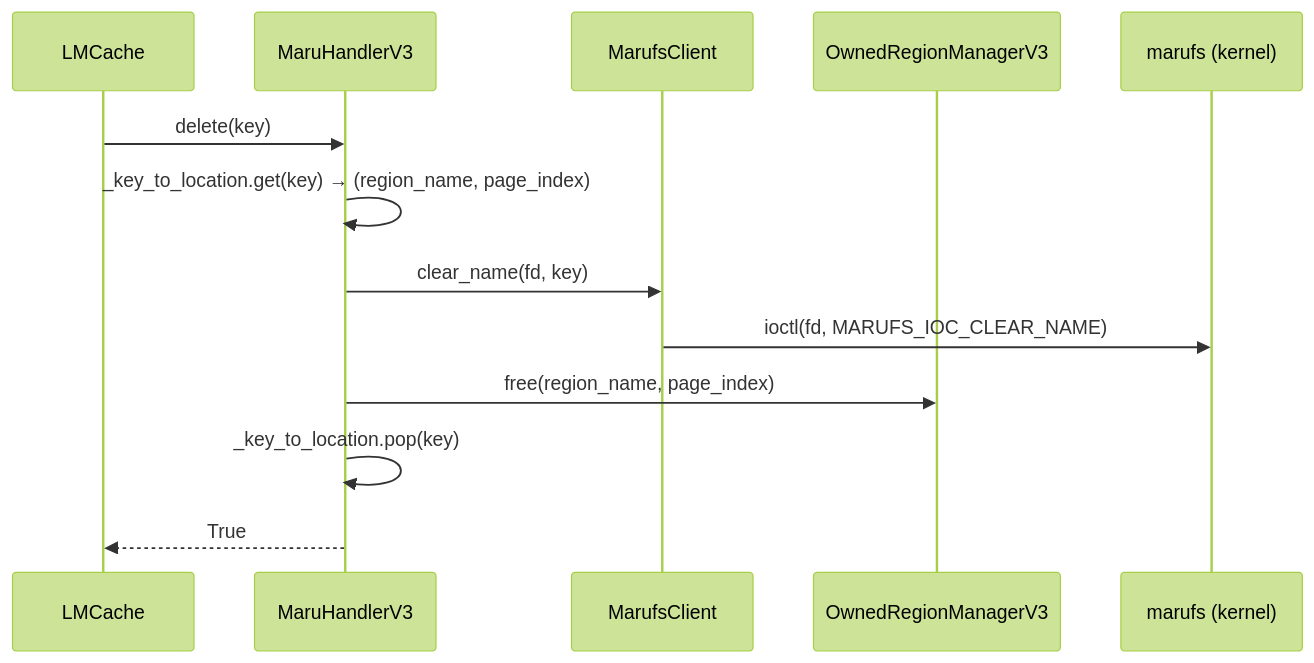
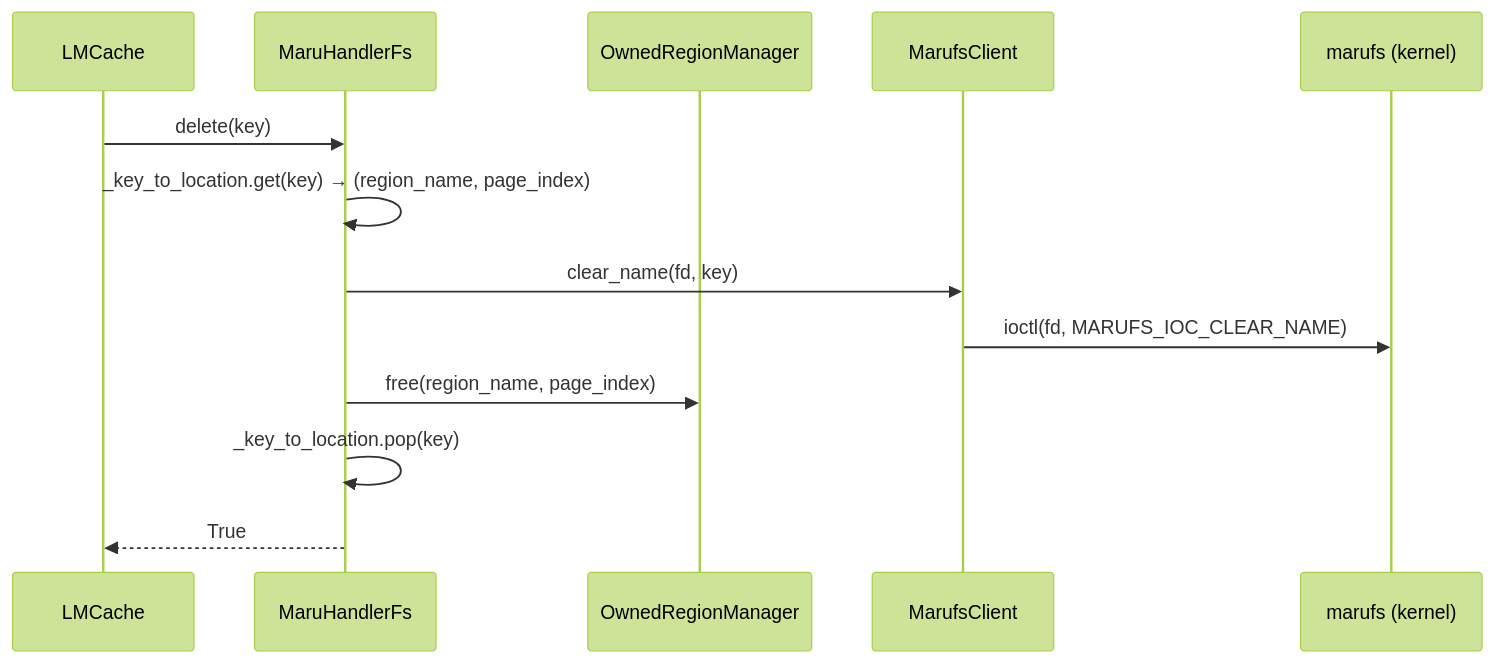
Before and after one commit to xcena-dev/maru: the sixth of 9 diagrams in docs/source/design_doc/maru_fs.md, drawn with Mermaid (forest theme). The commit also changed other lines of this file, not shown here.

Commit message:
docs: update marufs design doc with VFS architecture details

````diff
--- a/docs/source/design_doc/maru_fs.md
+++ b/docs/source/design_doc/maru_fs.md
@@ -161,18 +235,18 @@
 ```mermaid
 sequenceDiagram
     participant C as LMCache
-    participant H as MaruHandlerV3
+    participant H as MaruHandlerFs
+    participant ORM as OwnedRegionManager
     participant XC as MarufsClient
-    participant ORM as OwnedRegionManagerV3
     participant K as marufs (kernel)
 
     C->>H: delete(key)
     H->>H: _key_to_location.get(key) → (region_name, page_index)
 
     H->>XC: clear_name(fd, key)
     XC->>K: ioctl(fd, MARUFS_IOC_CLEAR_NAME)
 
     H->>ORM: free(region_name, page_index)
     H->>H: _key_to_location.pop(key)
     H-->>C: True
 ```
````
